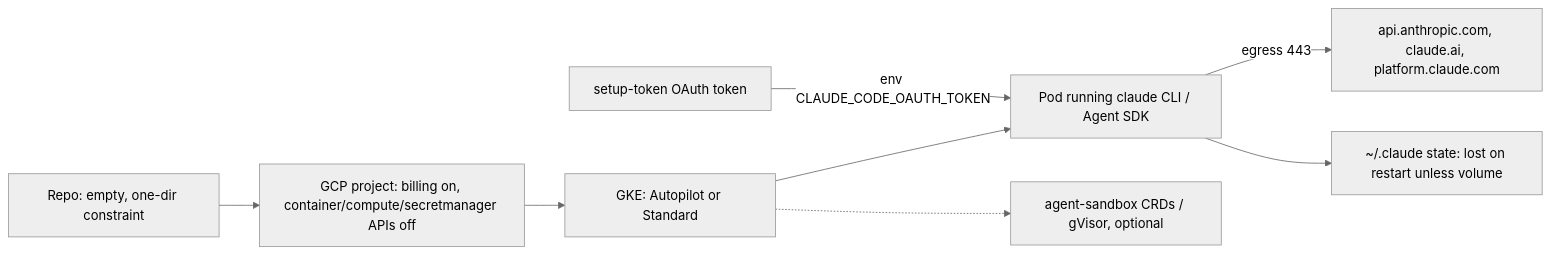
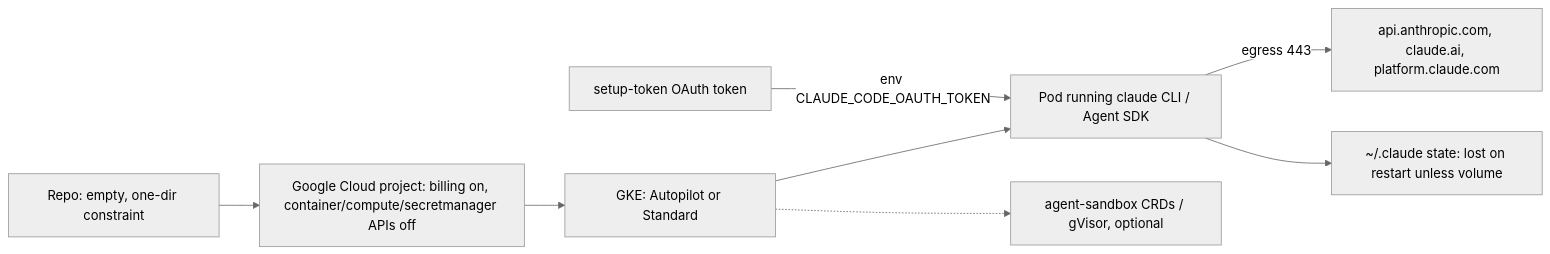
One commit to knwoop/kubernetes-playground changed the diagram in gke-claude-agent/research.md. Above: the diagram before and after it, drawn with Mermaid (neutral theme). The commit also changed other lines of this file and 3 other files, not shown here.

Commit message:
Write Google Cloud instead of GCP

````diff
--- a/gke-claude-agent/research.md
+++ b/gke-claude-agent/research.md
@@ -19,10 +19,10 @@
 ```mermaid
 flowchart LR
-  Repo[Repo: empty, one-dir constraint] --> GCP[GCP project: billing on, container/compute/secretmanager APIs off]
+  Repo[Repo: empty, one-dir constraint] --> GCP[Google Cloud project: billing on, container/compute/secretmanager APIs off]
   GCP --> GKE[GKE: Autopilot or Standard]
   GKE --> Pod[Pod running claude CLI / Agent SDK]
   Auth[setup-token OAuth token] -->|env CLAUDE_CODE_OAUTH_TOKEN| Pod
   Pod -->|egress 443| API[api.anthropic.com, claude.ai, platform.claude.com]
   Pod --> State[~/.claude state: lost on restart unless volume]
   GKE -.-> Sandbox[agent-sandbox CRDs / gVisor, optional]
 ```
````
